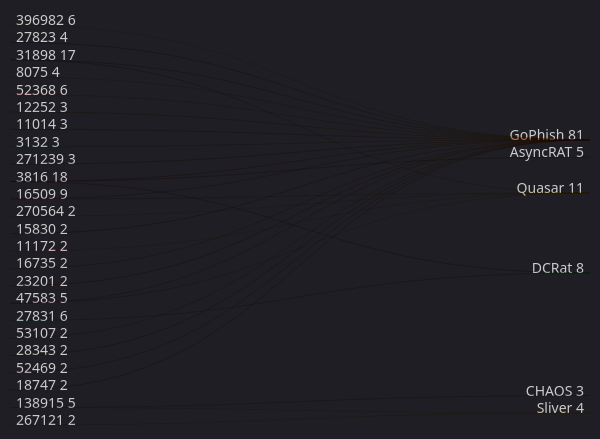
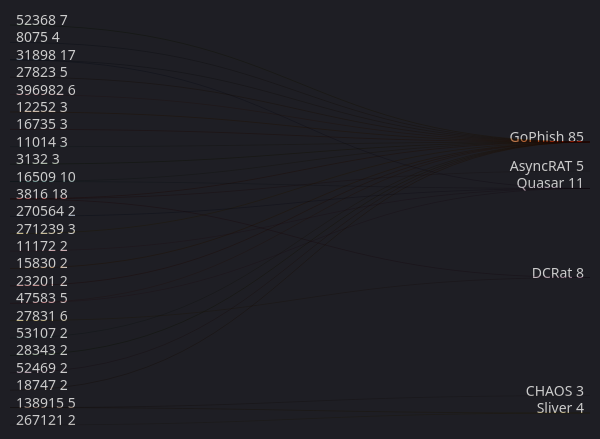
Before and after one commit to ZoqueLabs/website: the sixth of 7 diagrams in zolim.md, drawn with Mermaid. The commit also changed other lines of this file, not shown here.

````diff
--- a/zolim.md
+++ b/zolim.md
@@ -154,38 +154,38 @@
 ```mermaid
----  
-config:  
- theme: dark  
---- 
+---
+config:
+  theme: dark
+---
 %% ASN → Threat (top)
 sankey-beta
   31898,GoPhish,15
   3816,GoPhish,11
+  16509,GoPhish,7
+  52368,GoPhish,7
   27831,DCRat,6
   396982,GoPhish,6
-  16509,GoPhish,6
-  52368,GoPhish,6
+  27823,GoPhish,5
   3816,AsyncRAT,5
   8075,GoPhish,4
-  27823,GoPhish,4
   12252,GoPhish,3
+  16735,GoPhish,3
   11014,GoPhish,3
   3132,GoPhish,3
   271239,GoPhish,3
   16509,Quasar,3
   47583,GoPhish,3
   138915,CHAOS,3
   270564,Quasar,2
   15830,GoPhish,2
-  16735,GoPhish,2
   23201,GoPhish,2
   53107,GoPhish,2
   28343,GoPhish,2
   138915,Sliver,2
   52469,GoPhish,2
   47583,Quasar,2
   11172,Quasar,2
   31898,Quasar,2
   3816,DCRat,2
   18747,GoPhish,2
   267121,Sliver,2
 ```
````
